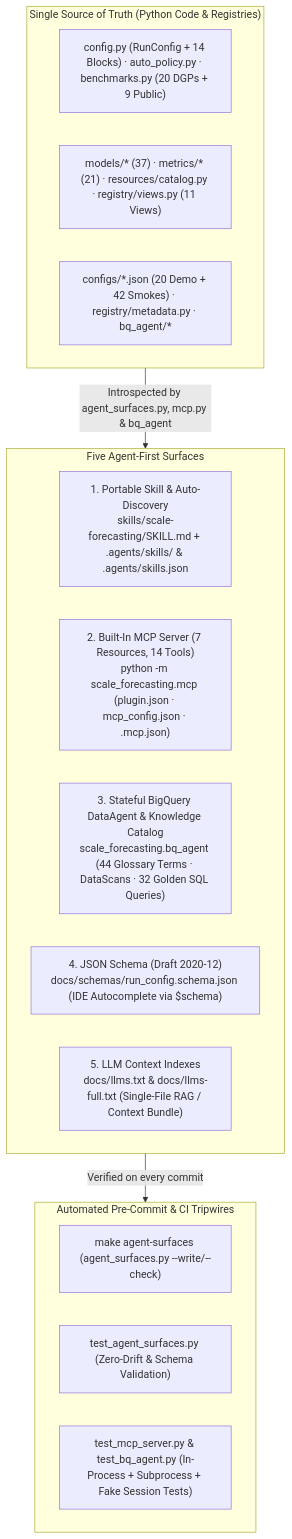
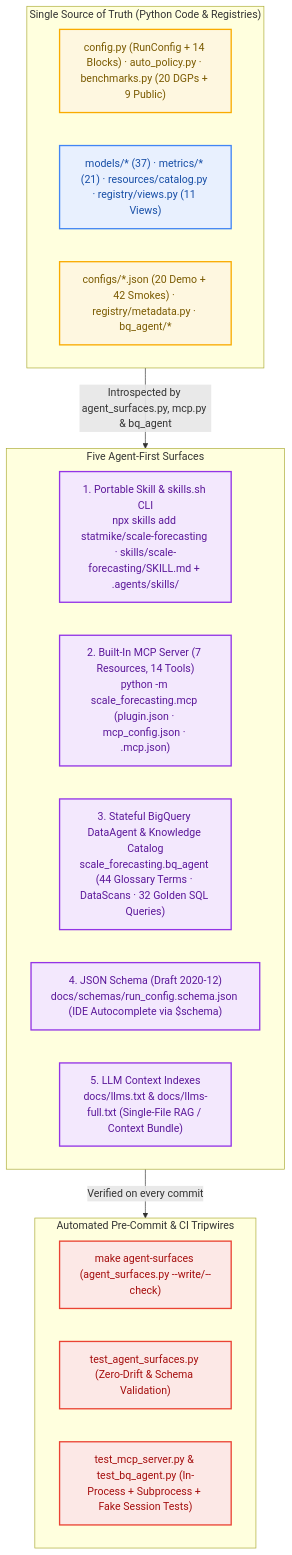
Before and after one commit to statmike/scale-forecasting: the diagram in docs/agent_and_mcp_guide.md, drawn with Mermaid. The commit also changed other lines of this file and 2 other files, not shown here.

Commit message:
docs(skills): add skills.sh badge to README and npx skills CLI instructions

````diff
--- a/docs/agent_and_mcp_guide.md
+++ b/docs/agent_and_mcp_guide.md
@@ -5,25 +5,34 @@
 ```mermaid
 flowchart TD
     subgraph Truth["Single Source of Truth (Python Code & Registries)"]
         T1["config.py (RunConfig + 14 Blocks) · auto_policy.py · benchmarks.py (20 DGPs + 9 Public)"]
         T2["models/* (37) · metrics/* (21) · resources/catalog.py · registry/views.py (11 Views)"]
         T3["configs/*.json (20 Demo + 42 Smokes) · registry/metadata.py · bq_agent/*"]
     end
 
     subgraph Surfaces["Five Agent-First Surfaces"]
-        S1["1. Portable Skill & Auto-Discovery<br/>skills/scale-forecasting/SKILL.md + .agents/skills/ & .agents/skills.json"]
+        S1["1. Portable Skill & skills.sh CLI<br/>npx skills add statmike/scale-forecasting · skills/scale-forecasting/SKILL.md + .agents/skills/"]
         S2["2. Built-In MCP Server (7 Resources, 14 Tools)<br/>python -m scale_forecasting.mcp (plugin.json · mcp_config.json · .mcp.json)"]
         S3["3. Stateful BigQuery DataAgent & Knowledge Catalog<br/>scale_forecasting.bq_agent (44 Glossary Terms · DataScans · 32 Golden SQL Queries)"]
         S4["4. JSON Schema (Draft 2020-12)<br/>docs/schemas/run_config.schema.json (IDE Autocomplete via $schema)"]
         S5["5. LLM Context Indexes<br/>docs/llms.txt & docs/llms-full.txt (Single-File RAG / Context Bundle)"]
     end
 
     subgraph Guard["Automated Pre-Commit & CI Tripwires"]
         G1["make agent-surfaces (agent_surfaces.py --write/--check)"]
         G2["test_agent_surfaces.py (Zero-Drift & Schema Validation)"]
         G3["test_mcp_server.py & test_bq_agent.py (In-Process + Subprocess + Fake Session Tests)"]
     end
 
     Truth -->|"Introspected by agent_surfaces.py, mcp.py & bq_agent"| Surfaces
     Surfaces -->|"Verified on every commit"| Guard
+
+    classDef data fill:#E8F0FE,stroke:#4285F4,stroke-width:2px,color:#174EA6
+    classDef config fill:#FEF7E0,stroke:#F9AB00,stroke-width:2px,color:#7A5A00
+    classDef semantic fill:#F3E8FD,stroke:#9334E6,stroke-width:2px,color:#5B1799
+    classDef route fill:#FCE8E6,stroke:#EA4335,stroke-width:2px,color:#A50E0E
+    class T1,T3 config
+    class T2 data
+    class S1,S2,S3,S4,S5 semantic
+    class G1,G2,G3 route
 ```
````
